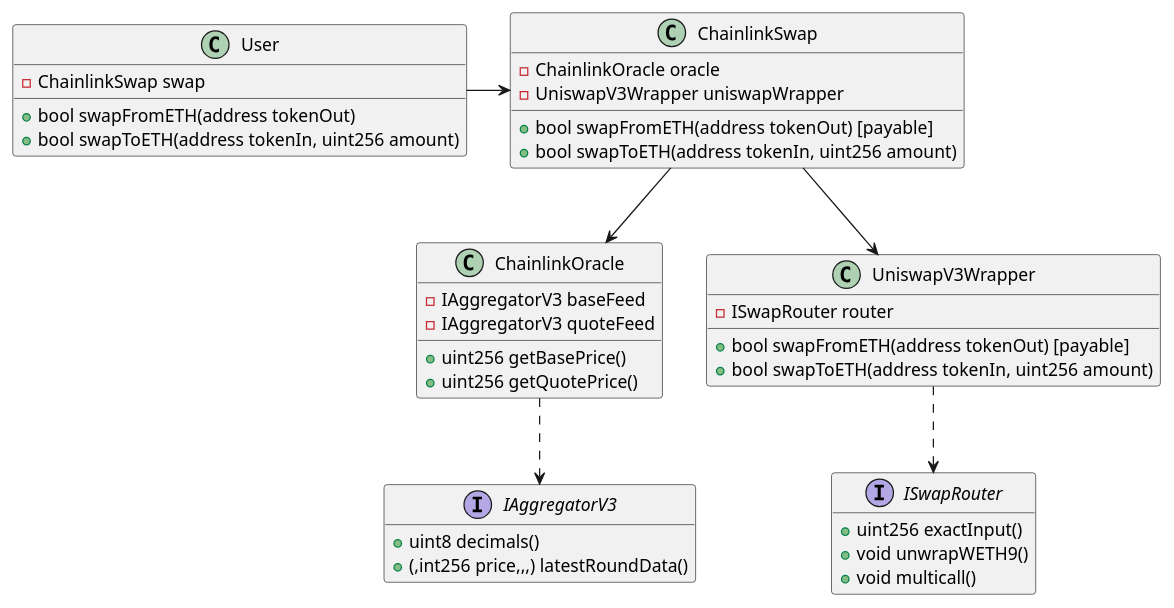
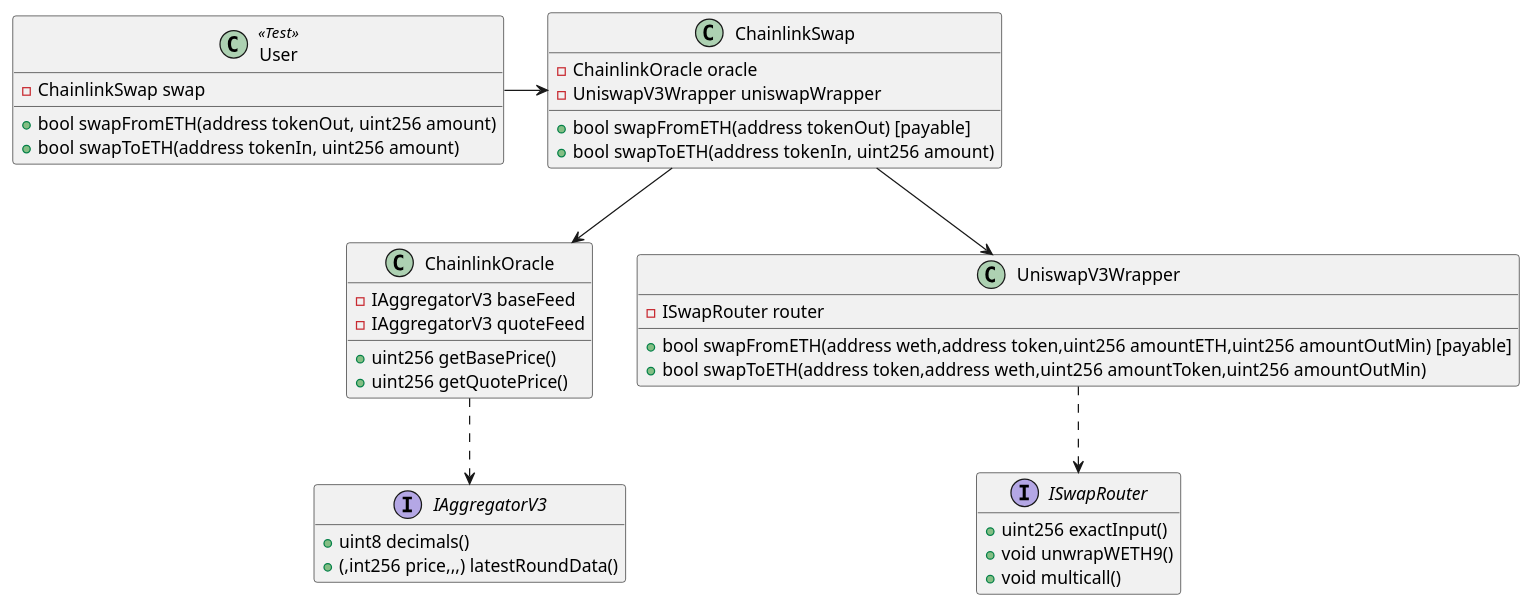
One commit to dimasriat/swap-test changed the diagram in diagram.puml. Above: the diagram before and after it, drawn with PlantUML.

Commit message:
chore: update diagram

```diff
--- a/diagram.puml
+++ b/diagram.puml
@@ -1,52 +1,52 @@
 @startuml ChainlinkSwapUML
 
 class ChainlinkSwap {
 	- ChainlinkOracle oracle
 	- UniswapV3Wrapper uniswapWrapper
 
 	+ bool swapFromETH(address tokenOut) [payable]
 	+ bool swapToETH(address tokenIn, uint256 amount)
 }
 
 class ChainlinkOracle {
 	- IAggregatorV3 baseFeed
 	- IAggregatorV3 quoteFeed
 
 	+ uint256 getBasePrice()
 	+ uint256 getQuotePrice()
 }
 
 class UniswapV3Wrapper {
 	- ISwapRouter router
 
-	+ bool swapFromETH(address tokenOut) [payable]
-	+ bool swapToETH(address tokenIn, uint256 amount)
+	+ bool swapFromETH(address weth,address token,uint256 amountETH,uint256 amountOutMin) [payable]
+	+ bool swapToETH(address token,address weth,uint256 amountToken,uint256 amountOutMin)
 }
 
 interface ISwapRouter {
 	+ uint256 exactInput()
 	+ void unwrapWETH9()
 	+ void multicall()
 }
 hide ISwapRouter attributes
 
 interface IAggregatorV3 {
 	+ uint8 decimals()
 	+ (,int256 price,,,) latestRoundData()
 }
 hide IAggregatorV3 attributes
 
 ChainlinkSwap --> ChainlinkOracle
 ChainlinkSwap --> UniswapV3Wrapper
 UniswapV3Wrapper ..> ISwapRouter
 ChainlinkOracle ..> IAggregatorV3
 
-class User {
+class User << Test >> {
 	- ChainlinkSwap swap
 	
-	+ bool swapFromETH(address tokenOut)
+	+ bool swapFromETH(address tokenOut, uint256 amount)
 	+ bool swapToETH(address tokenIn, uint256 amount)
 }
 User -> ChainlinkSwap
 
 @enduml
```
